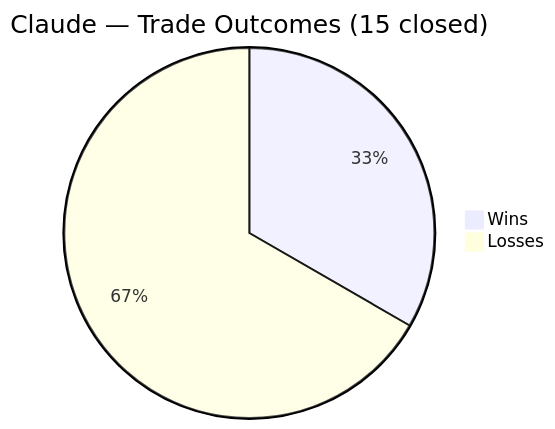
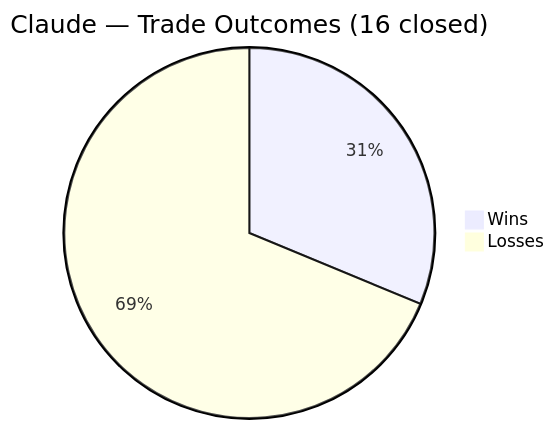
The third of 5 diagrams in README.md (zachisit/ai-auto-buy-thesis), drawn with Mermaid before and after one commit. The commit also changed other lines of this file and 2 other files, not shown here.

````diff
--- a/README.md
+++ b/README.md
@@ -47,5 +47,5 @@
 ```mermaid
-pie title Claude — Trade Outcomes (15 closed)
+pie title Claude — Trade Outcomes (16 closed)
     "Wins" : 5
-    "Losses" : 10
+    "Losses" : 11
 ```
````
